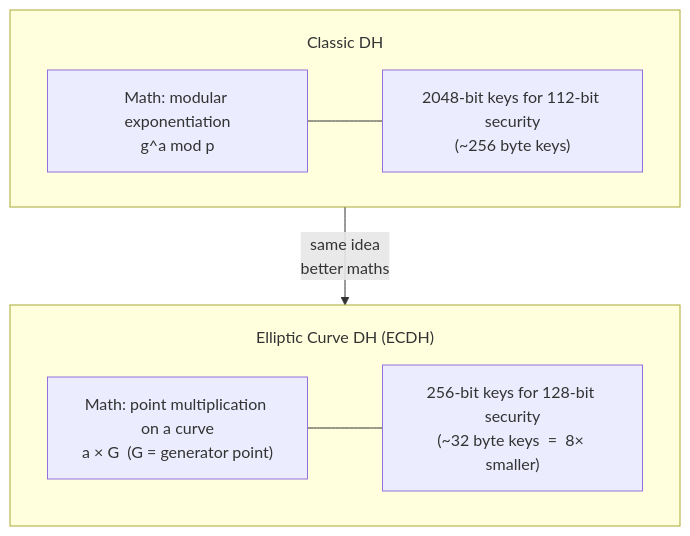
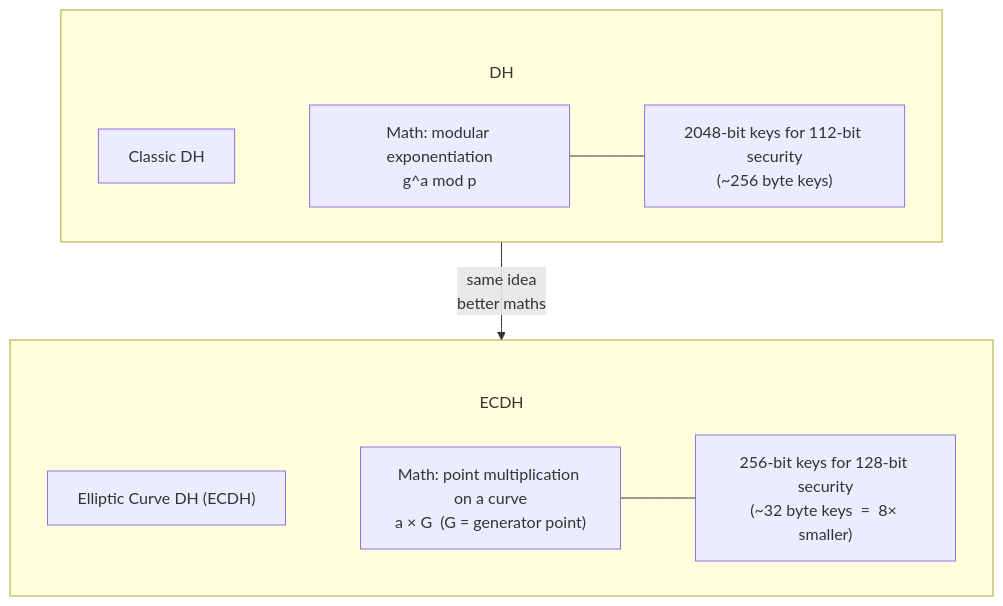
The fourth of 5 diagrams in src/main/java/security/keyexchange/README.md (csoares/SecurityJava), drawn with Mermaid before and after one commit. The commit also changed other lines of this file and 11 other files, not shown here.

Commit message:
Fix Mermaid subgraph title overlap by moving labels into title nodes Replace subgraph label syntax (which overlaps first node) with explicit title nodes inside each subgraph, connected via invisible edges (~~~). Also increase subGraphTitleMargin top padding from 20 to 50 for extra space.

````diff
--- a/src/main/java/security/keyexchange/README.md
+++ b/src/main/java/security/keyexchange/README.md
@@ -90,17 +96,21 @@
 ```mermaid
-%%{init: {'flowchart': {'subGraphTitleMargin': {'top': 20, 'bottom': 5}}}}%%
+%%{init: {'flowchart': {'subGraphTitleMargin': {'top': 50, 'bottom': 10}}}}%%
 flowchart TD
-    subgraph DH ["Classic DH"]
+    subgraph DH
+        T_DH["Classic DH"]
+        T_DH ~~~ DH1
         DH1["Math: modular exponentiation<br/>g^a mod p"]
         DH2["2048-bit keys for 112-bit security<br/>(~256 byte keys)"]
         DH1 --- DH2
     end
 
-    subgraph ECDH ["Elliptic Curve DH (ECDH)"]
+    subgraph ECDH
+        T_ECDH["Elliptic Curve DH (ECDH)"]
+        T_ECDH ~~~ EC1
         EC1["Math: point multiplication on a curve<br/>a × G  (G = generator point)"]
         EC2["256-bit keys for 128-bit security<br/>(~32 byte keys  =  8× smaller)"]
         EC1 --- EC2
     end
 
     DH -->|"same idea<br/>better maths"| ECDH
 ```
````
